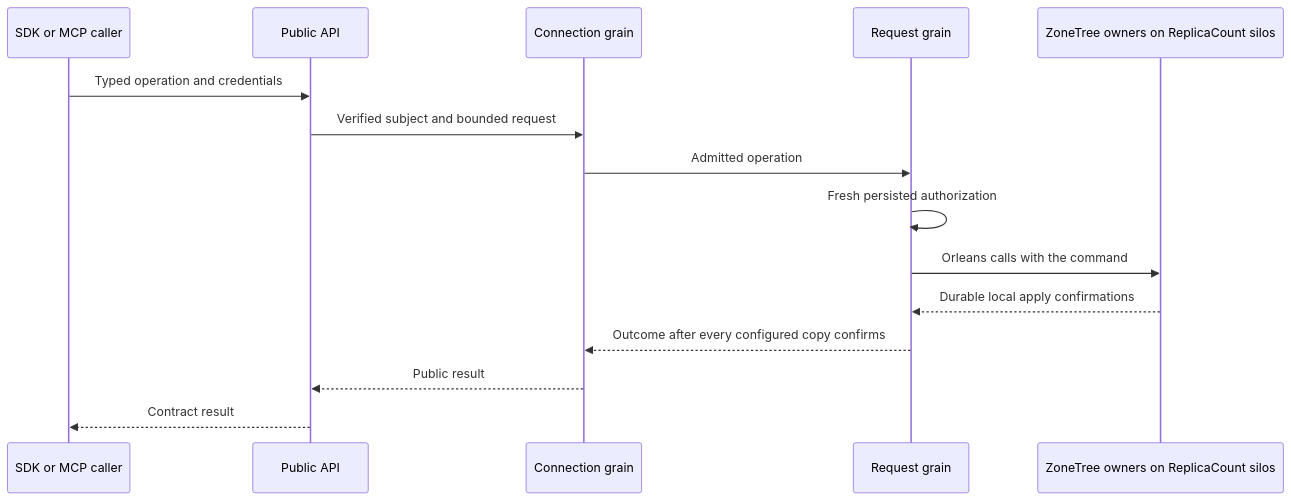
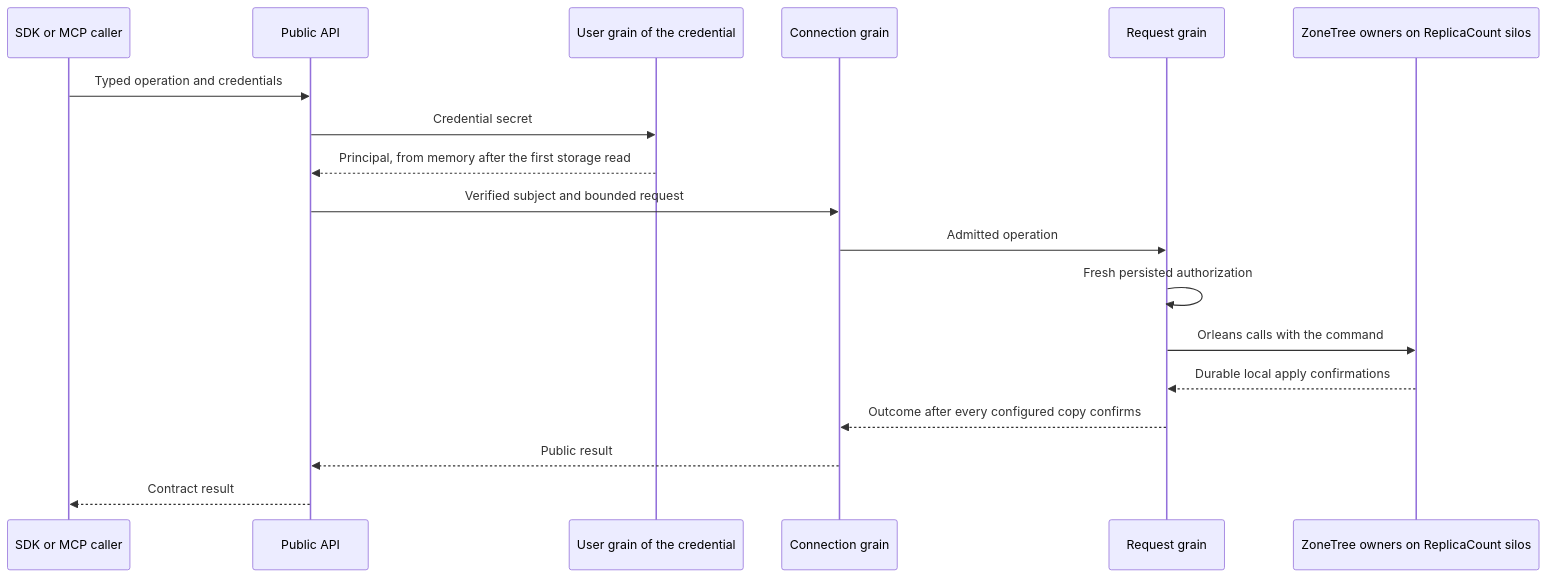
One commit to managedcode/KeyLoad changed the fifth of 26 diagrams in docs/Architecture.md. Above: the diagram before and after it, drawn with Mermaid. The commit also changed other lines of this file and 17 other files, not shown here.

````diff
--- a/docs/Architecture.md
+++ b/docs/Architecture.md
@@ -293,17 +293,20 @@
 ```mermaid
 sequenceDiagram
     participant Caller as SDK or MCP caller
     participant API as Public API
+    participant User as User grain of the credential
     participant Conn as Connection grain
     participant Part as Request grain
     participant Owners as ZoneTree owners on ReplicaCount silos
     Caller->>API: Typed operation and credentials
+    API->>User: Credential secret
+    User-->>API: Principal, from memory after the first storage read
     API->>Conn: Verified subject and bounded request
     Conn->>Part: Admitted operation
     Part->>Part: Fresh persisted authorization
     Part->>Owners: Orleans calls with the command
     Owners-->>Part: Durable local apply confirmations
     Part-->>Conn: Outcome after every configured copy confirms
     Conn-->>API: Public result
     API-->>Caller: Contract result
 ```
````
